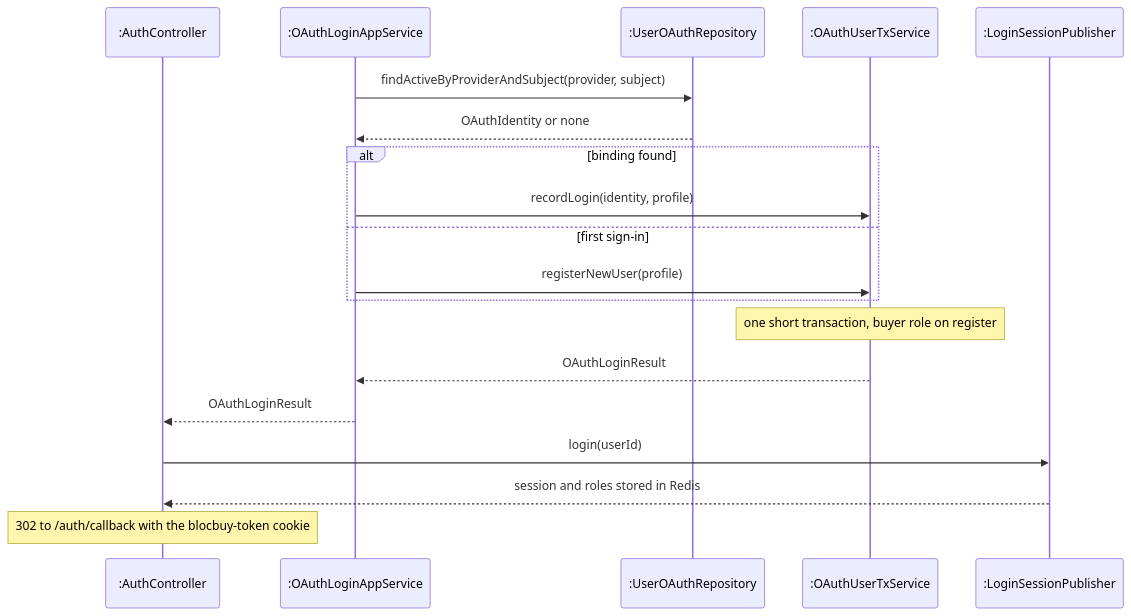
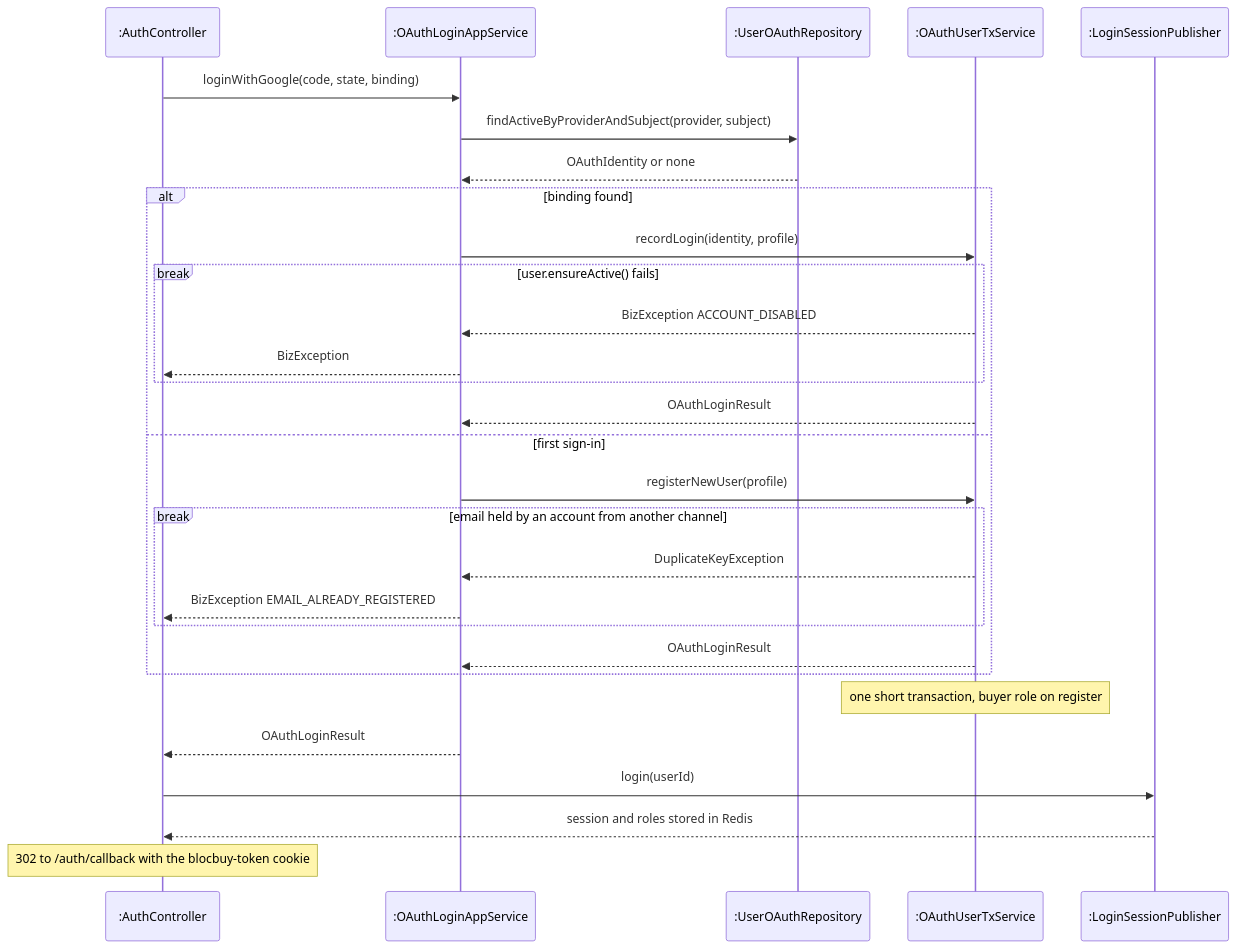
Diagram 16 of 18 in docs/swe5006/report/sections/03-4-3-pan.md (PPsyrius/iss-groupbuy-team8), drawn with Mermaid before and after one commit. The commit also changed other lines of this file and 60 other files, not shown here.

First line of the commit message:
docs(report): template format, VP-style UML and fact fixes (#463, #695) (#704)

````diff
--- a/docs/swe5006/report/sections/03-4-3-pan.md
+++ b/docs/swe5006/report/sections/03-4-3-pan.md
@@ -674,21 +694,31 @@
 ```mermaid
 sequenceDiagram
     participant AC as :AuthController
     participant LS as :OAuthLoginAppService
     participant UO as :UserOAuthRepository
     participant TX as :OAuthUserTxService
     participant PB as :LoginSessionPublisher
+    AC->>LS: loginWithGoogle(code, state, binding)
     LS->>UO: findActiveByProviderAndSubject(provider, subject)
     UO-->>LS: OAuthIdentity or none
     alt binding found
         LS->>TX: recordLogin(identity, profile)
+        break user.ensureActive() fails
+            TX-->>LS: BizException ACCOUNT_DISABLED
+            LS-->>AC: BizException
+        end
+        TX-->>LS: OAuthLoginResult
     else first sign-in
         LS->>TX: registerNewUser(profile)
+        break email held by an account from another channel
+            TX-->>LS: DuplicateKeyException
+            LS-->>AC: BizException EMAIL_ALREADY_REGISTERED
+        end
+        TX-->>LS: OAuthLoginResult
     end
     Note over TX: one short transaction, buyer role on register
-    TX-->>LS: OAuthLoginResult
     LS-->>AC: OAuthLoginResult
     AC->>PB: login(userId)
     PB-->>AC: session and roles stored in Redis
     Note over AC: 302 to /auth/callback with the blocbuy-token cookie
 ```
````
